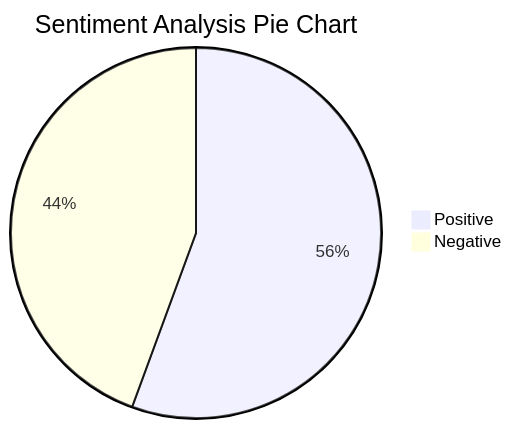
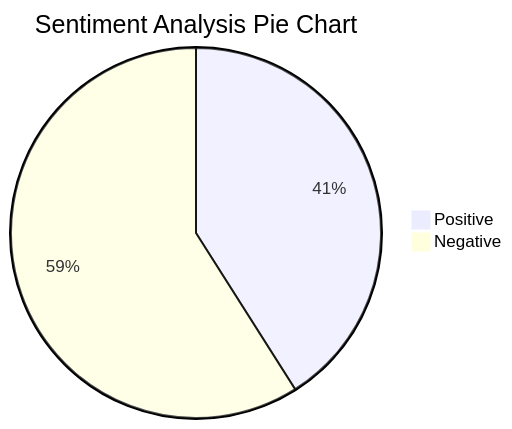
One commit to FarrelAD/Simple-TikTok-Post-Text-Mining changed the second of 2 diagrams in README.md. Above: the diagram before and after it, drawn with Mermaid. The commit also changed other lines of this file, not shown here.

````diff
--- a/README.md
+++ b/README.md
@@ -110,5 +112,5 @@
 ```mermaid
 pie title Sentiment Analysis Pie Chart
-    "Positive" : 278
-    "Negative" : 222
+    "Positive" : 205
+    "Negative" : 295
 ```
````
